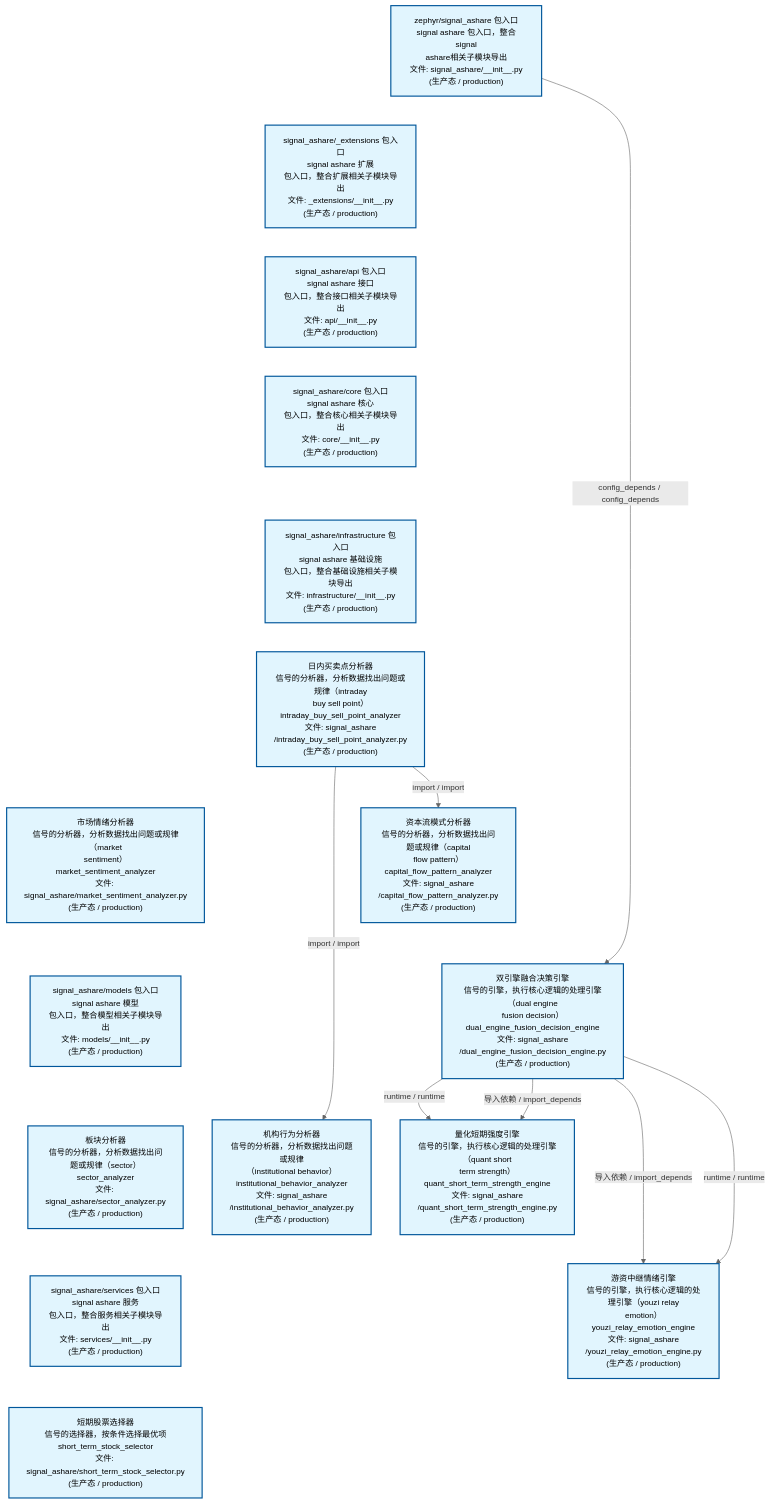
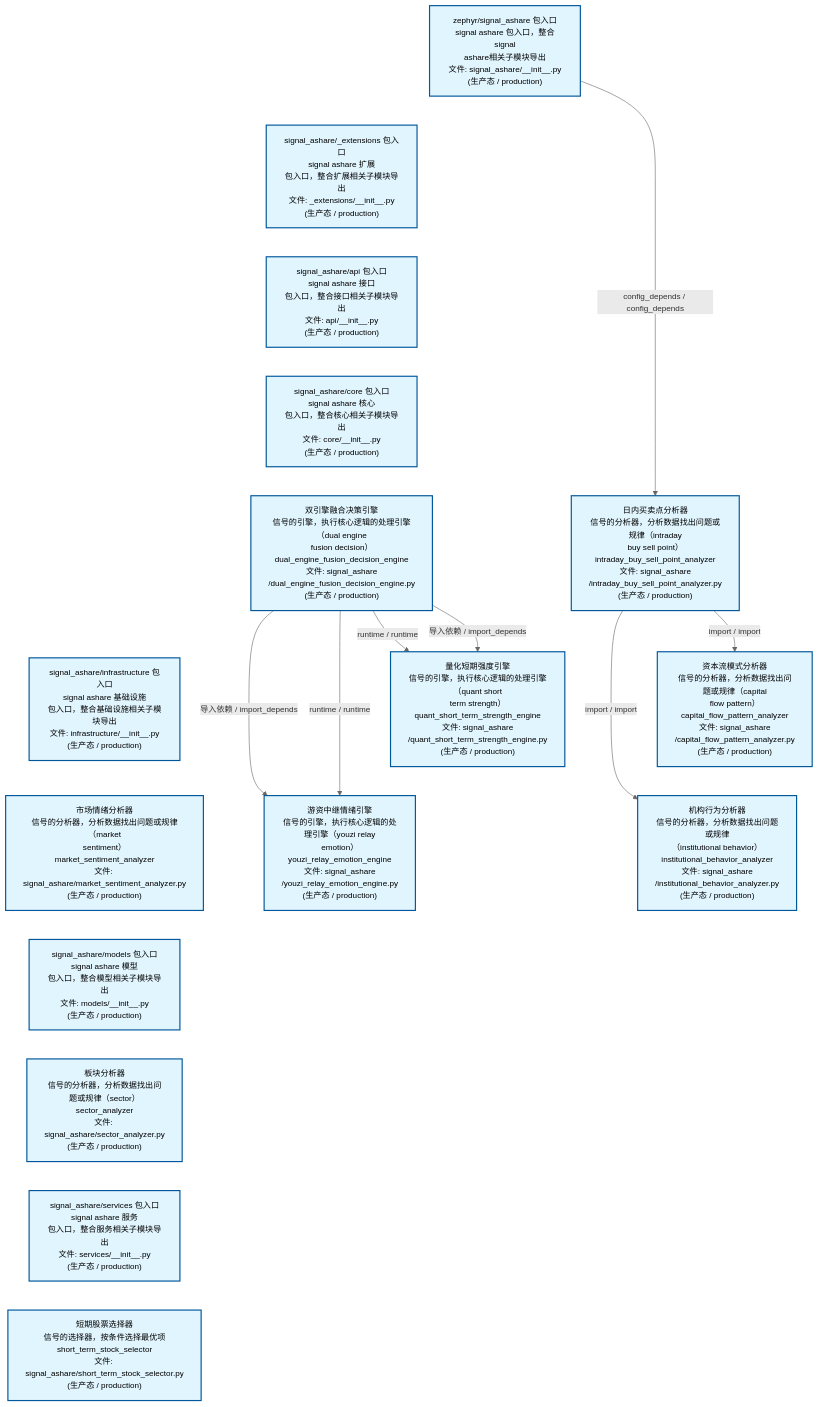
Before and after one commit to xuanFelixVan/ZephyrAlpha: the second of 4 diagrams in docs/02_enterprise_architecture/02_domain_architecture_docs/32_d_ashare_signal.md, drawn with Mermaid. The commit also changed other lines of this file and 48 other files, not shown here.

````diff
--- a/docs/02_enterprise_architecture/02_domain_architecture_docs/32_d_ashare_signal.md
+++ b/docs/02_enterprise_architecture/02_domain_architecture_docs/32_d_ashare_signal.md
@@ -163,45 +162,45 @@
 ```mermaid
 %%{init: {'theme': 'base', 'themeVariables': {'primaryColor': '#eaeaea', 'primaryTextColor': '#333333', 'primaryBorderColor': '#666666', 'lineColor': '#666666', 'secondaryColor': '#eaeaea', 'tertiaryColor': '#eaeaea', 'fontSize': '14px'}}}%%
 flowchart TD
     src_zephyr_signal_ashare_init_py["zephyr/signal_ashare 包入口<br/>signal ashare 包入口，整合signal<br/>ashare相关子模块导出<br/>文件: signal_ashare/__init__.py<br/>(生产态 / production)"]
     src_zephyr_signal_ashare_extensions_init_py["signal_ashare/_extensions 包入口<br/>signal ashare 扩展<br/>包入口，整合扩展相关子模块导出<br/>文件: _extensions/__init__.py<br/>(生产态 / production)"]
     src_zephyr_signal_ashare_api_init_py["signal_ashare/api 包入口<br/>signal ashare 接口<br/>包入口，整合接口相关子模块导出<br/>文件: api/__init__.py<br/>(生产态 / production)"]
     src_zephyr_signal_ashare_core_init_py["signal_ashare/core 包入口<br/>signal ashare 核心<br/>包入口，整合核心相关子模块导出<br/>文件: core/__init__.py<br/>(生产态 / production)"]
+    src_zephyr_signal_ashare_dual_engine_fusion_decision_engine_py["双引擎融合决策引擎<br/>信号的引擎，执行核心逻辑的处理引擎（dual engine<br/>fusion decision）<br/>dual_engine_fusion_decision_engine<br/>文件: signal_ashare<br/>/dual_engine_fusion_decision_engine.py<br/>(生产态 / production)"]
     src_zephyr_signal_ashare_infrastructure_init_py["signal_ashare/infrastructure 包入口<br/>signal ashare 基础设施<br/>包入口，整合基础设施相关子模块导出<br/>文件: infrastructure/__init__.py<br/>(生产态 / production)"]
-    src_zephyr_signal_ashare_intraday_buy_sell_point_analyzer_py["日内买卖点分析器<br/>信号的分析器，分析数据找出问题或规律（intraday<br/>buy sell point）<br/>intraday_buy_sell_point_analyzer<br/>文件: signal_ashare<br/>/intraday_buy_sell_point_analyzer.py<br/>(生产态 / production)"]
     src_zephyr_signal_ashare_market_sentiment_analyzer_py["市场情绪分析器<br/>信号的分析器，分析数据找出问题或规律（market<br/>sentiment）<br/>market_sentiment_analyzer<br/>文件: signal_ashare/market_sentiment_analyzer.py<br/>(生产态 / production)"]
     src_zephyr_signal_ashare_models_init_py["signal_ashare/models 包入口<br/>signal ashare 模型<br/>包入口，整合模型相关子模块导出<br/>文件: models/__init__.py<br/>(生产态 / production)"]
     src_zephyr_signal_ashare_sector_analyzer_py["板块分析器<br/>信号的分析器，分析数据找出问题或规律（sector）<br/>sector_analyzer<br/>文件: signal_ashare/sector_analyzer.py<br/>(生产态 / production)"]
     src_zephyr_signal_ashare_services_init_py["signal_ashare/services 包入口<br/>signal ashare 服务<br/>包入口，整合服务相关子模块导出<br/>文件: services/__init__.py<br/>(生产态 / production)"]
     src_zephyr_signal_ashare_short_term_stock_selector_py["短期股票选择器<br/>信号的选择器，按条件选择最优项<br/>short_term_stock_selector<br/>文件: signal_ashare/short_term_stock_selector.py<br/>(生产态 / production)"]
     src_zephyr_signal_ashare_init_py ~~~ src_zephyr_signal_ashare_extensions_init_py
     src_zephyr_signal_ashare_extensions_init_py ~~~ src_zephyr_signal_ashare_api_init_py
     src_zephyr_signal_ashare_api_init_py ~~~ src_zephyr_signal_ashare_core_init_py
-    src_zephyr_signal_ashare_core_init_py ~~~ src_zephyr_signal_ashare_infrastructure_init_py
-    src_zephyr_signal_ashare_infrastructure_init_py ~~~ src_zephyr_signal_ashare_intraday_buy_sell_point_analyzer_py
-    src_zephyr_signal_ashare_intraday_buy_sell_point_analyzer_py ~~~ src_zephyr_signal_ashare_market_sentiment_analyzer_py
+    src_zephyr_signal_ashare_core_init_py ~~~ src_zephyr_signal_ashare_dual_engine_fusion_decision_engine_py
+    src_zephyr_signal_ashare_dual_engine_fusion_decision_engine_py ~~~ src_zephyr_signal_ashare_infrastructure_init_py
+    src_zephyr_signal_ashare_infrastructure_init_py ~~~ src_zephyr_signal_ashare_market_sentiment_analyzer_py
     src_zephyr_signal_ashare_market_sentiment_analyzer_py ~~~ src_zephyr_signal_ashare_models_init_py
     src_zephyr_signal_ashare_models_init_py ~~~ src_zephyr_signal_ashare_sector_analyzer_py
     src_zephyr_signal_ashare_sector_analyzer_py ~~~ src_zephyr_signal_ashare_services_init_py
     src_zephyr_signal_ashare_services_init_py ~~~ src_zephyr_signal_ashare_short_term_stock_selector_py
-    src_zephyr_signal_ashare_capital_flow_pattern_analyzer_py["资本流模式分析器<br/>信号的分析器，分析数据找出问题或规律（capital<br/>flow pattern）<br/>capital_flow_pattern_analyzer<br/>文件: signal_ashare<br/>/capital_flow_pattern_analyzer.py<br/>(生产态 / production)"]
-    src_zephyr_signal_ashare_dual_engine_fusion_decision_engine_py["双引擎融合决策引擎<br/>信号的引擎，执行核心逻辑的处理引擎（dual engine<br/>fusion decision）<br/>dual_engine_fusion_decision_engine<br/>文件: signal_ashare<br/>/dual_engine_fusion_decision_engine.py<br/>(生产态 / production)"]
-    src_zephyr_signal_ashare_institutional_behavior_analyzer_py["机构行为分析器<br/>信号的分析器，分析数据找出问题或规律<br/>（institutional behavior）<br/>institutional_behavior_analyzer<br/>文件: signal_ashare<br/>/institutional_behavior_analyzer.py<br/>(生产态 / production)"]
-    src_zephyr_signal_ashare_capital_flow_pattern_analyzer_py ~~~ src_zephyr_signal_ashare_dual_engine_fusion_decision_engine_py
-    src_zephyr_signal_ashare_dual_engine_fusion_decision_engine_py ~~~ src_zephyr_signal_ashare_institutional_behavior_analyzer_py
+    src_zephyr_signal_ashare_intraday_buy_sell_point_analyzer_py["日内买卖点分析器<br/>信号的分析器，分析数据找出问题或规律（intraday<br/>buy sell point）<br/>intraday_buy_sell_point_analyzer<br/>文件: signal_ashare<br/>/intraday_buy_sell_point_analyzer.py<br/>(生产态 / production)"]
     src_zephyr_signal_ashare_quant_short_term_strength_engine_py["量化短期强度引擎<br/>信号的引擎，执行核心逻辑的处理引擎（quant short<br/>term strength）<br/>quant_short_term_strength_engine<br/>文件: signal_ashare<br/>/quant_short_term_strength_engine.py<br/>(生产态 / production)"]
     src_zephyr_signal_ashare_youzi_relay_emotion_engine_py["游资中继情绪引擎<br/>信号的引擎，执行核心逻辑的处理引擎（youzi relay<br/>emotion）<br/>youzi_relay_emotion_engine<br/>文件: signal_ashare<br/>/youzi_relay_emotion_engine.py<br/>(生产态 / production)"]
+    src_zephyr_signal_ashare_intraday_buy_sell_point_analyzer_py ~~~ src_zephyr_signal_ashare_quant_short_term_strength_engine_py
     src_zephyr_signal_ashare_quant_short_term_strength_engine_py ~~~ src_zephyr_signal_ashare_youzi_relay_emotion_engine_py
-    src_zephyr_signal_ashare_dual_engine_fusion_decision_engine_py -->|导入依赖 / import_depends| src_zephyr_signal_ashare_youzi_relay_emotion_engine_py
-    src_zephyr_signal_ashare_dual_engine_fusion_decision_engine_py -->|runtime / runtime| src_zephyr_signal_ashare_youzi_relay_emotion_engine_py
-    src_zephyr_signal_ashare_dual_engine_fusion_decision_engine_py -->|runtime / runtime| src_zephyr_signal_ashare_quant_short_term_strength_engine_py
-    src_zephyr_signal_ashare_dual_engine_fusion_decision_engine_py -->|导入依赖 / import_depends| src_zephyr_signal_ashare_quant_short_term_strength_engine_py
-    src_zephyr_signal_ashare_init_py -->|config_depends / config_depends| src_zephyr_signal_ashare_dual_engine_fusion_decision_engine_py
+    src_zephyr_signal_ashare_capital_flow_pattern_analyzer_py["资本流模式分析器<br/>信号的分析器，分析数据找出问题或规律（capital<br/>flow pattern）<br/>capital_flow_pattern_analyzer<br/>文件: signal_ashare<br/>/capital_flow_pattern_analyzer.py<br/>(生产态 / production)"]
+    src_zephyr_signal_ashare_institutional_behavior_analyzer_py["机构行为分析器<br/>信号的分析器，分析数据找出问题或规律<br/>（institutional behavior）<br/>institutional_behavior_analyzer<br/>文件: signal_ashare<br/>/institutional_behavior_analyzer.py<br/>(生产态 / production)"]
+    src_zephyr_signal_ashare_capital_flow_pattern_analyzer_py ~~~ src_zephyr_signal_ashare_institutional_behavior_analyzer_py
     src_zephyr_signal_ashare_intraday_buy_sell_point_analyzer_py -->|import / import| src_zephyr_signal_ashare_capital_flow_pattern_analyzer_py
     src_zephyr_signal_ashare_intraday_buy_sell_point_analyzer_py -->|import / import| src_zephyr_signal_ashare_institutional_behavior_analyzer_py
+    src_zephyr_signal_ashare_dual_engine_fusion_decision_engine_py -->|导入依赖 / import_depends| src_zephyr_signal_ashare_quant_short_term_strength_engine_py
+    src_zephyr_signal_ashare_dual_engine_fusion_decision_engine_py -->|runtime / runtime| src_zephyr_signal_ashare_quant_short_term_strength_engine_py
+    src_zephyr_signal_ashare_dual_engine_fusion_decision_engine_py -->|runtime / runtime| src_zephyr_signal_ashare_youzi_relay_emotion_engine_py
+    src_zephyr_signal_ashare_dual_engine_fusion_decision_engine_py -->|导入依赖 / import_depends| src_zephyr_signal_ashare_youzi_relay_emotion_engine_py
+    src_zephyr_signal_ashare_init_py -->|config_depends / config_depends| src_zephyr_signal_ashare_intraday_buy_sell_point_analyzer_py
     classDef production fill:#e1f5fe,stroke:#01579b,stroke-width:2px,color:#000
     classDef design fill:#fff3e0,stroke:#e65100,stroke-width:2px,color:#000,stroke-dasharray: 5 5
     classDef external_prod fill:#e8f4fd,stroke:#0277bd,stroke-width:1px,color:#000
     classDef external_design fill:#fff8e7,stroke:#ef6c00,stroke-width:1px,color:#000,stroke-dasharray: 5 5
     class src_zephyr_signal_ashare_init_py,src_zephyr_signal_ashare_extensions_init_py,src_zephyr_signal_ashare_api_init_py,src_zephyr_signal_ashare_capital_flow_pattern_analyzer_py,src_zephyr_signal_ashare_core_init_py,src_zephyr_signal_ashare_dual_engine_fusion_decision_engine_py,src_zephyr_signal_ashare_infrastructure_init_py,src_zephyr_signal_ashare_institutional_behavior_analyzer_py,src_zephyr_signal_ashare_intraday_buy_sell_point_analyzer_py,src_zephyr_signal_ashare_market_sentiment_analyzer_py,src_zephyr_signal_ashare_models_init_py,src_zephyr_signal_ashare_quant_short_term_strength_engine_py,src_zephyr_signal_ashare_sector_analyzer_py,src_zephyr_signal_ashare_services_init_py,src_zephyr_signal_ashare_short_term_stock_selector_py,src_zephyr_signal_ashare_youzi_relay_emotion_engine_py production
 ```
````
